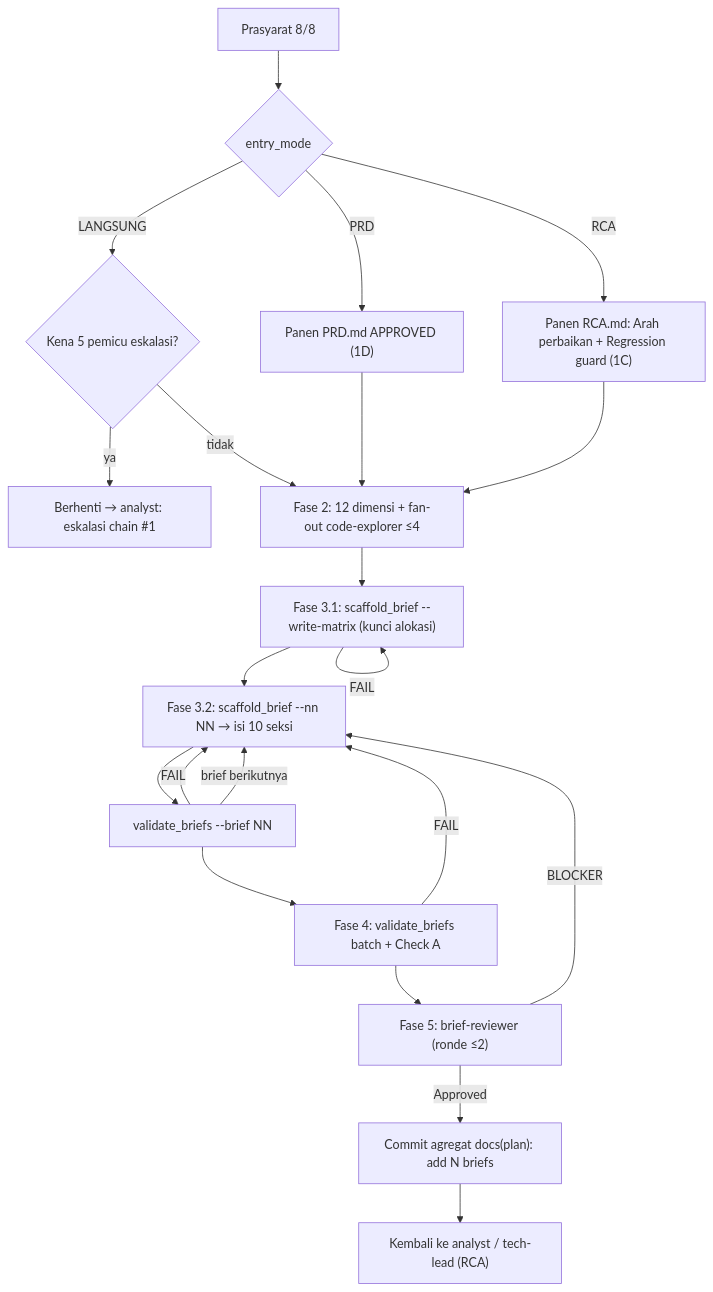
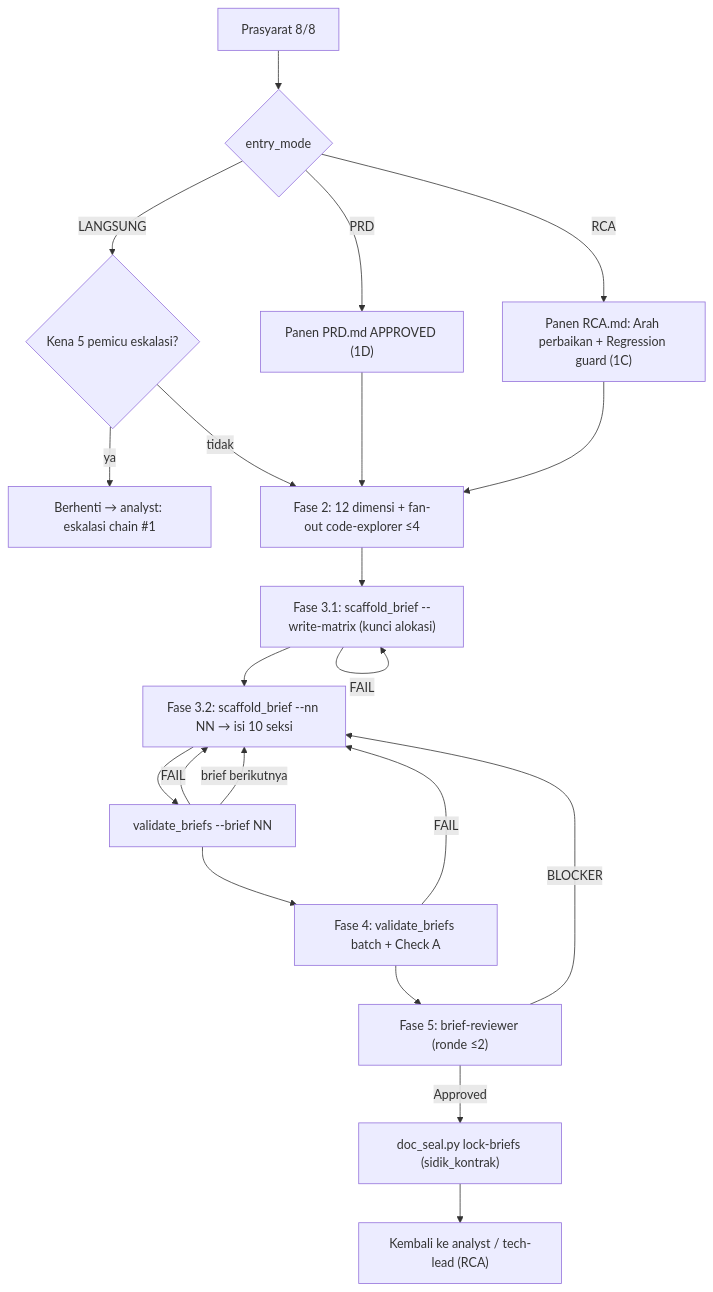
Before and after one commit to nataflow/agentic-workflow: the fourth of 7 diagrams in flow/backend.md, drawn with Mermaid. The commit also changed other lines of this file and 4 other files, not shown here.

````diff
--- a/flow/backend.md
+++ b/flow/backend.md
@@ -314,23 +317,23 @@
 ```mermaid
 flowchart TD
     A["Prasyarat 8/8"] --> B{"entry_mode"}
     B -->|PRD| B1["Panen PRD.md APPROVED (1D)"]
     B -->|RCA| B2["Panen RCA.md: Arah perbaikan + Regression guard (1C)"]
     B -->|LANGSUNG| B3{"Kena 5 pemicu eskalasi?"}
     B3 -->|ya| ESC["Berhenti → analyst: eskalasi chain #1"]
     B3 -->|tidak| C
     B1 --> C["Fase 2: 12 dimensi + fan-out code-explorer ≤4"]
     B2 --> C
     C --> D["Fase 3.1: scaffold_brief --write-matrix (kunci alokasi)"]
     D -->|FAIL| D
     D --> E["Fase 3.2: scaffold_brief --nn NN → isi 10 seksi"]
     E --> F["validate_briefs --brief NN"]
     F -->|FAIL| E
     F -->|"brief berikutnya"| E
     F --> G["Fase 4: validate_briefs batch + Check A"]
     G -->|FAIL| E
     G --> H["Fase 5: brief-reviewer (ronde ≤2)"]
     H -->|"BLOCKER"| E
-    H -->|Approved| I["Commit agregat docs(plan): add N briefs"]
+    H -->|Approved| I["doc_seal.py lock-briefs (sidik_kontrak)"]
     I --> J["Kembali ke analyst / tech-lead (RCA)"]
 ```
````
